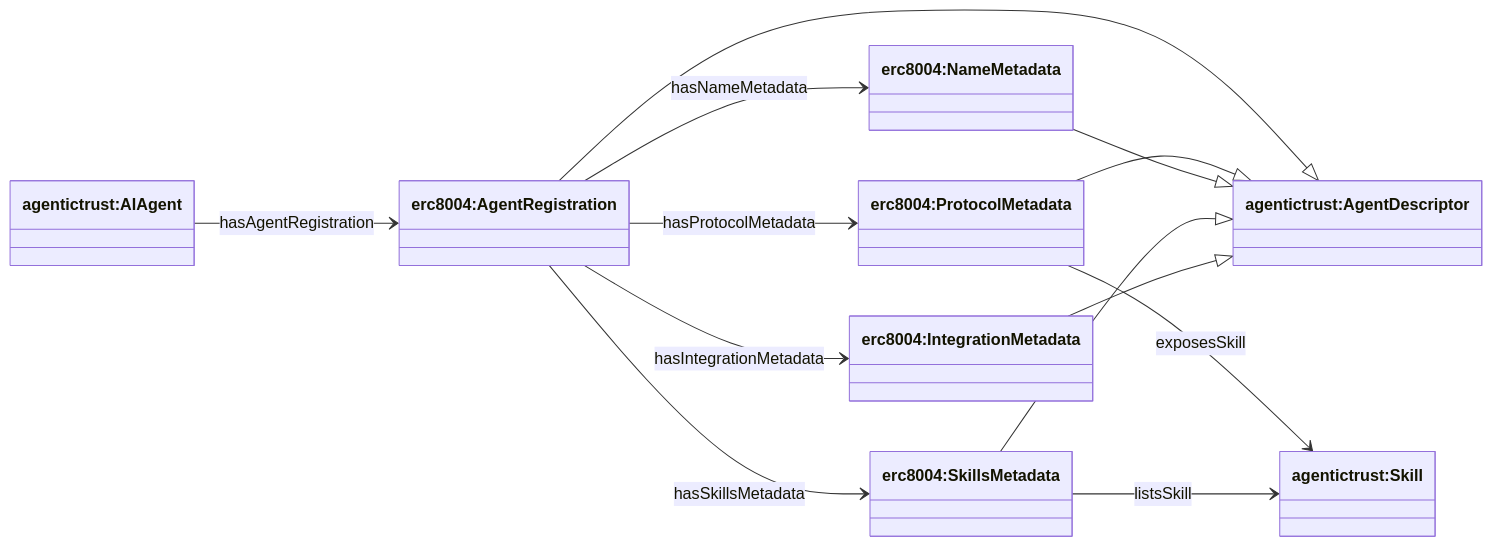
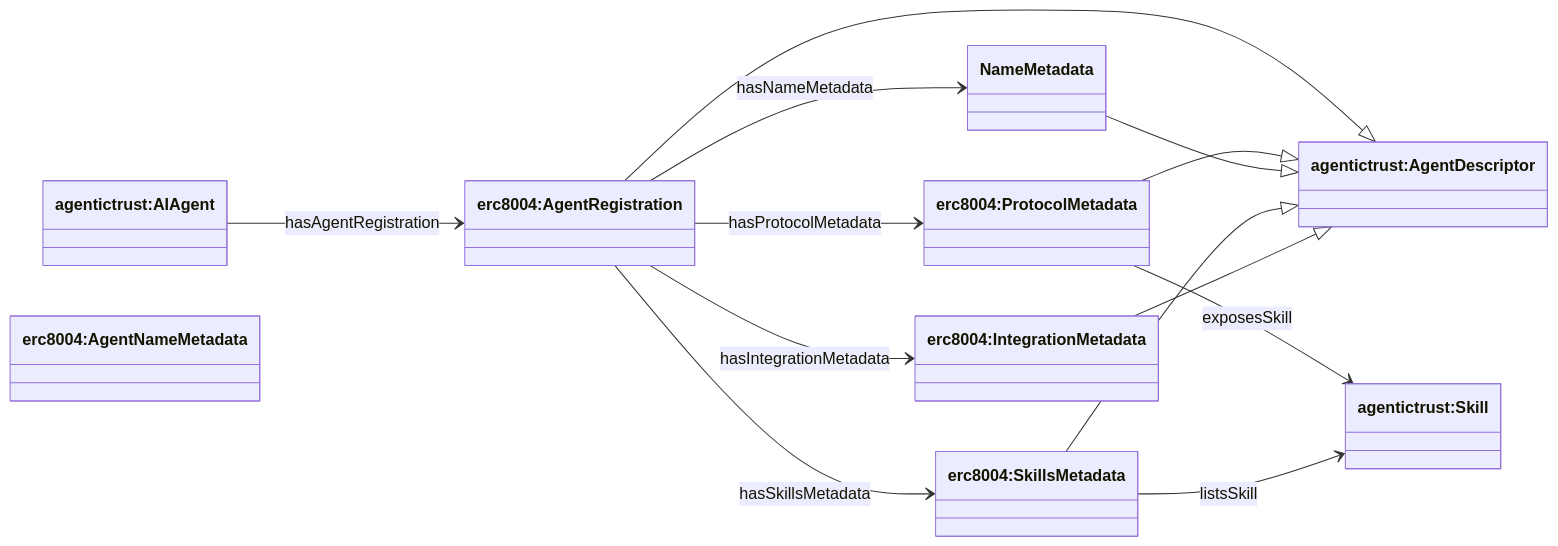
Before and after one commit to Agentic-Trust-Layer/agent-explorer: the first of 3 diagrams in docs/ontology/erc8004.md, drawn with Mermaid. The commit also changed other lines of this file and 10 other files, not shown here.

Commit message:
update adding agent to front of Identity and Name

````diff
--- a/docs/ontology/erc8004.md
+++ b/docs/ontology/erc8004.md
@@ -29,28 +29,28 @@
 ```mermaid
 classDiagram
 direction LR
 
 class AIAgent["agentictrust:AIAgent"]
 class AgentDescriptor["agentictrust:AgentDescriptor"]
 class AgentRegistration["erc8004:AgentRegistration"]
 class ProtocolMetadata["erc8004:ProtocolMetadata"]
-class NameMetadata["erc8004:NameMetadata"]
+class AgentNameMetadata["erc8004:AgentNameMetadata"]
 class SkillsMetadata["erc8004:SkillsMetadata"]
 class IntegrationMetadata["erc8004:IntegrationMetadata"]
 class Skill["agentictrust:Skill"]
 
 AgentRegistration --|> AgentDescriptor
 ProtocolMetadata --|> AgentDescriptor
 NameMetadata --|> AgentDescriptor
 SkillsMetadata --|> AgentDescriptor
 IntegrationMetadata --|> AgentDescriptor
 
 AIAgent --> AgentRegistration : hasAgentRegistration
 AgentRegistration --> ProtocolMetadata : hasProtocolMetadata
 AgentRegistration --> NameMetadata : hasNameMetadata
 AgentRegistration --> SkillsMetadata : hasSkillsMetadata
 AgentRegistration --> IntegrationMetadata : hasIntegrationMetadata
 
 ProtocolMetadata --> Skill : exposesSkill
 SkillsMetadata --> Skill : listsSkill
 ```
````
